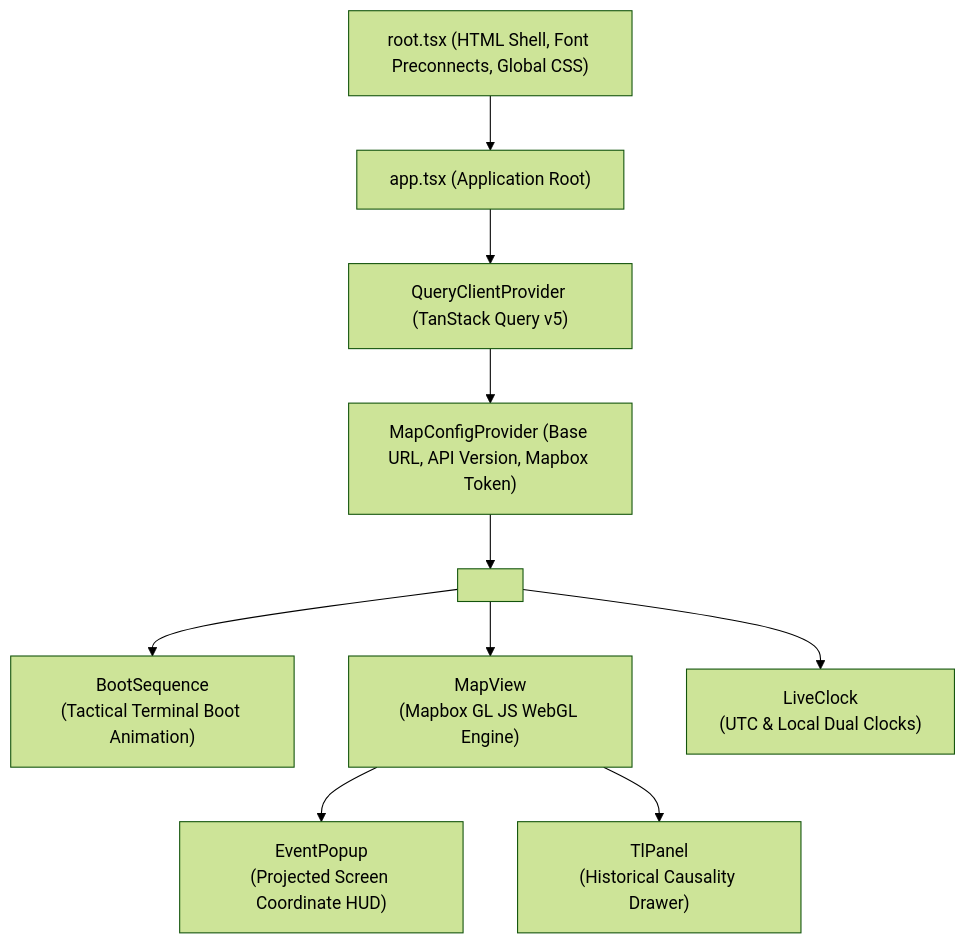
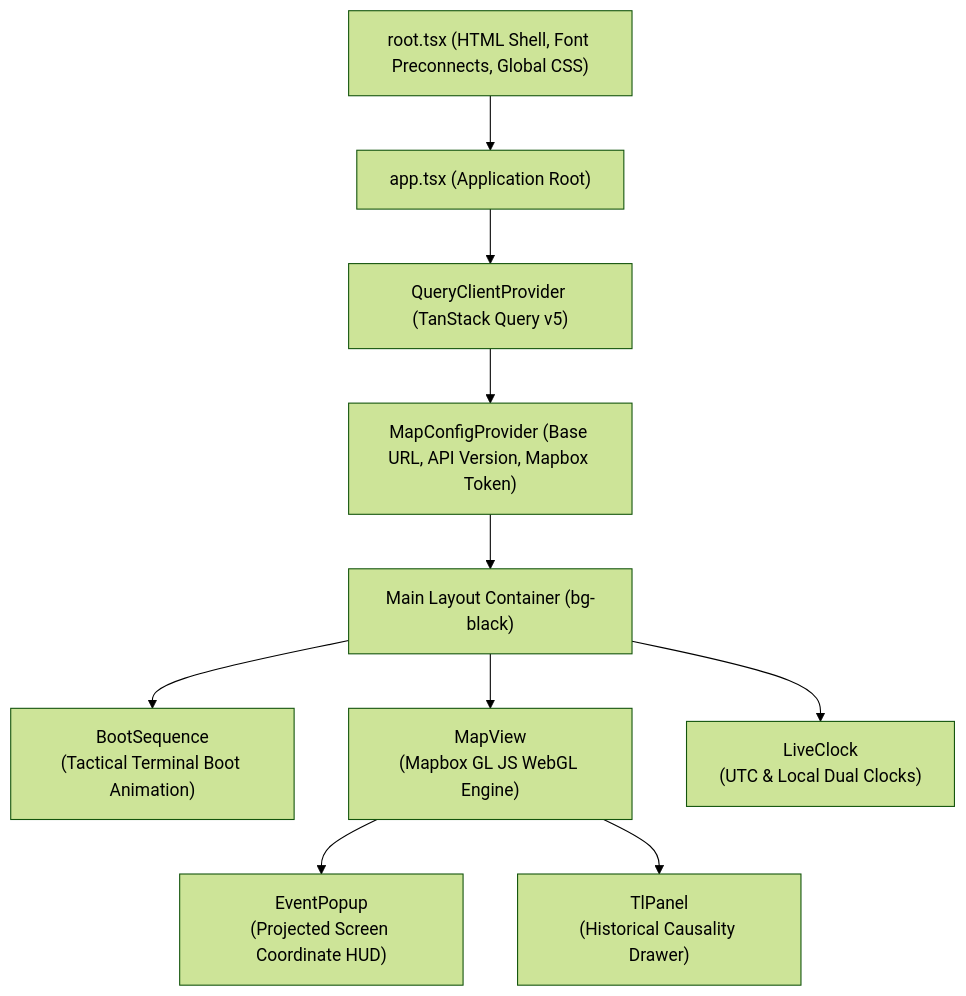
One commit to paavann/hermes changed the first of 2 diagrams in apps/hermes/README.md. Above: the diagram before and after it, drawn with Mermaid (forest theme). The commit also changed 2 other files, not shown here.

Commit message:
update on mermain diagrams and formatting on parsing the README.md files.

````diff
--- a/apps/hermes/README.md
+++ b/apps/hermes/README.md
@@ -45,14 +45,14 @@
 ```mermaid
 flowchart TD
     Root["root.tsx (HTML Shell, Font Preconnects, Global CSS)"] --> App["app.tsx (Application Root)"]
     App --> QueryProvider["QueryClientProvider (TanStack Query v5)"]
     QueryProvider --> ConfigProvider["MapConfigProvider (Base URL, API Version, Mapbox Token)"]
-    ConfigProvider --> Main["<main className='bg-black overflow-hidden'>"]
+    ConfigProvider --> Main["Main Layout Container (bg-black)"]
     
     Main --> BootSeq["BootSequence\n(Tactical Terminal Boot Animation)"]
     Main --> MapView["MapView\n(Mapbox GL JS WebGL Engine)"]
     Main --> LiveClock["LiveClock\n(UTC & Local Dual Clocks)"]
 
     MapView --> EventPopup["EventPopup\n(Projected Screen Coordinate HUD)"]
     MapView --> TlPanel["TlPanel\n(Historical Causality Drawer)"]
 ```
````
